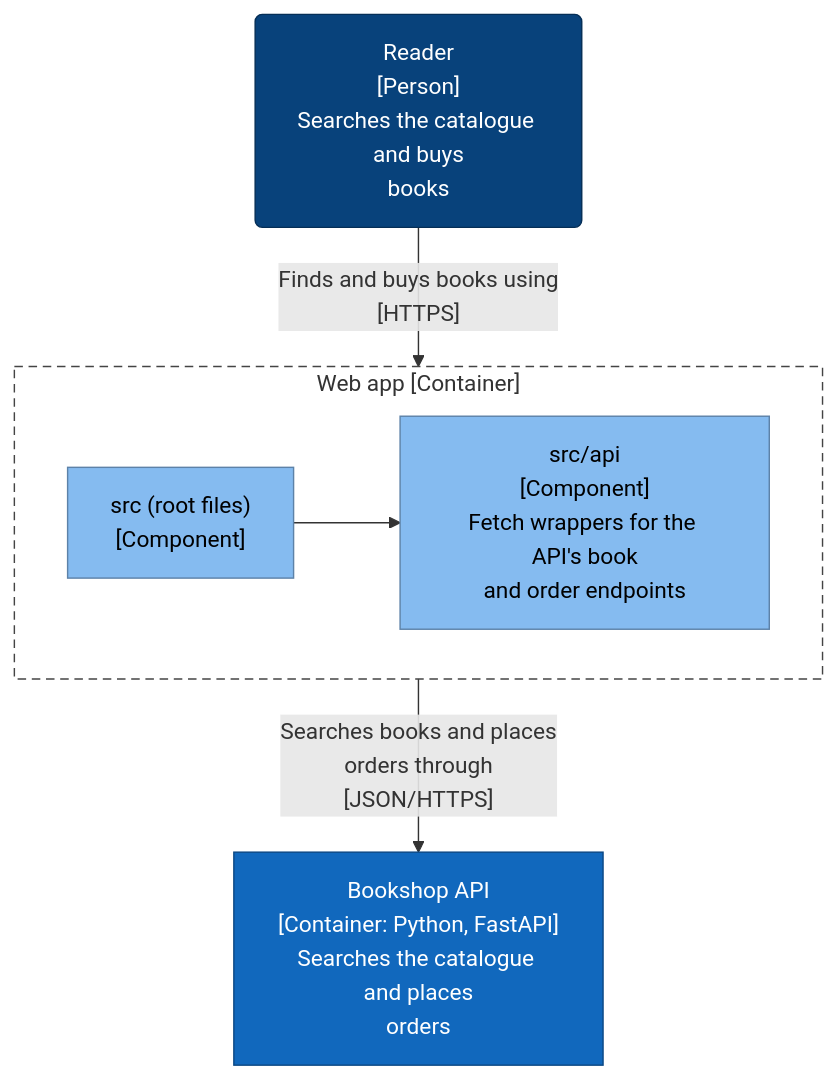
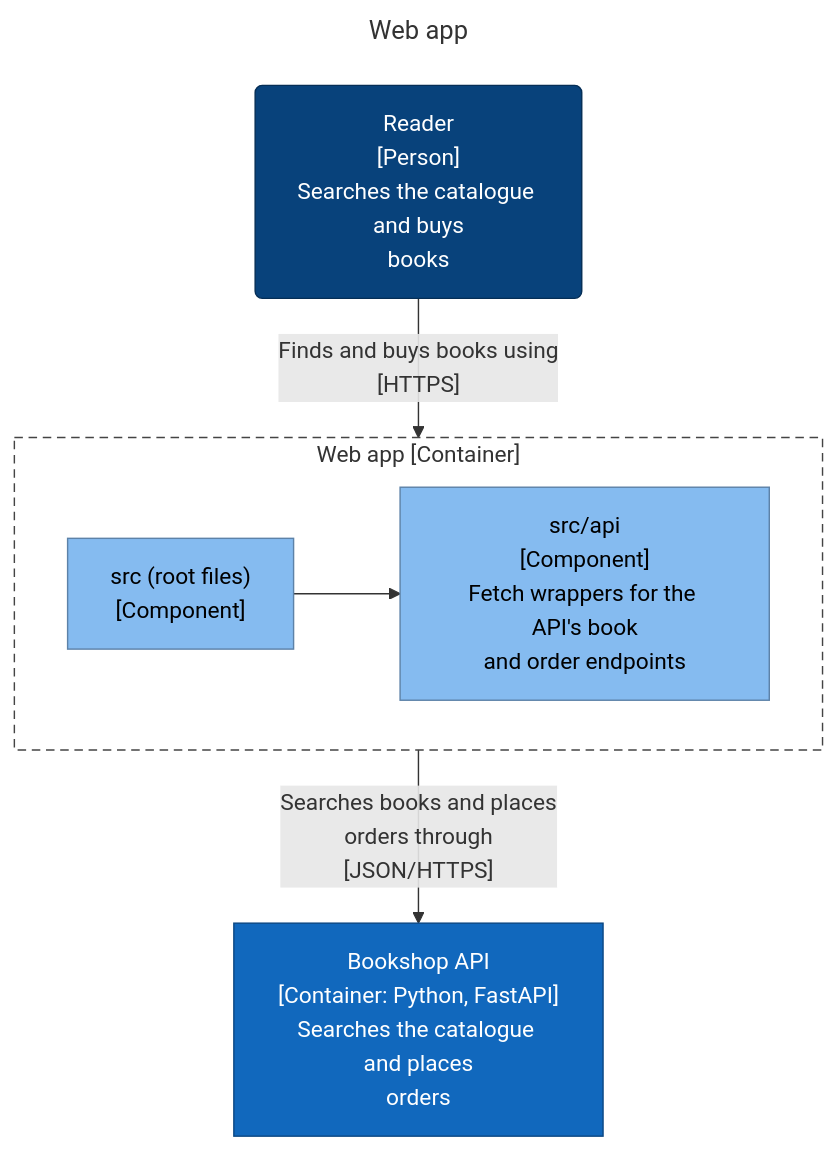
The fourth of 8 diagrams in examples/bookshop/ArchitectureReport.md (ythalorossy/architecture-skills), drawn with Mermaid before and after one commit. The commit also changed other lines of this file and 56 other files, not shown here.

First line of the commit message:
feat(c4): title every diagram and add one Key to the report

````diff
--- a/examples/bookshop/ArchitectureReport.md
+++ b/examples/bookshop/ArchitectureReport.md
@@ -165,22 +189,25 @@
 ```mermaid
+---
+title: "Web app"
+---
 flowchart TB
     subgraph boundary["Web app [Container]"]
         web_src__files["src (root files)<br/>[Component]"]
         web_src_api["src/api<br/>[Component]<br/>Fetch wrappers for the API's book<br/>and order endpoints"]
     end
     web_src__files --> web_src_api
     reader("Reader<br/>[Person]<br/>Searches the catalogue and buys<br/>books")
     reader -->|"Finds and buys books using<br/>[HTTPS]"| boundary
     bookshop_api["Bookshop API<br/>[Container: Python, FastAPI]<br/>Searches the catalogue and places<br/>orders"]
     boundary -->|"Searches books and places<br/>orders through<br/>[JSON/HTTPS]"| bookshop_api
     classDef person fill:#08427b,stroke:#052e56,color:#ffffff
     classDef container fill:#1168bd,stroke:#0b4884,color:#ffffff
     classDef system fill:#1168bd,stroke:#0b4884,color:#ffffff
     classDef component fill:#85bbf0,stroke:#5d82a8,color:#000000
     classDef external fill:#999999,stroke:#6b6b6b,color:#ffffff
     classDef shared fill:#dbe9f6,stroke:#5d82a8,color:#000000,stroke-dasharray:4 3
     class web_src__files,web_src_api component
     class reader person
     class bookshop_api container
     style boundary fill:none,stroke:#444444,stroke-dasharray:6 4
 ```
````
